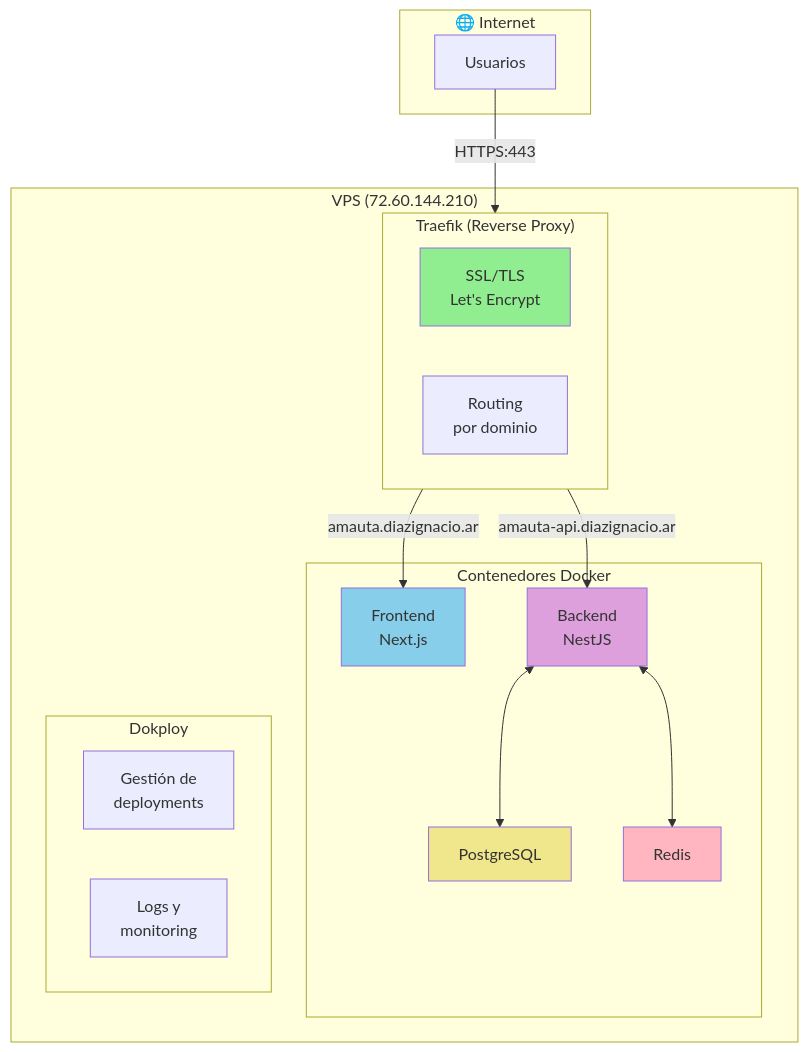
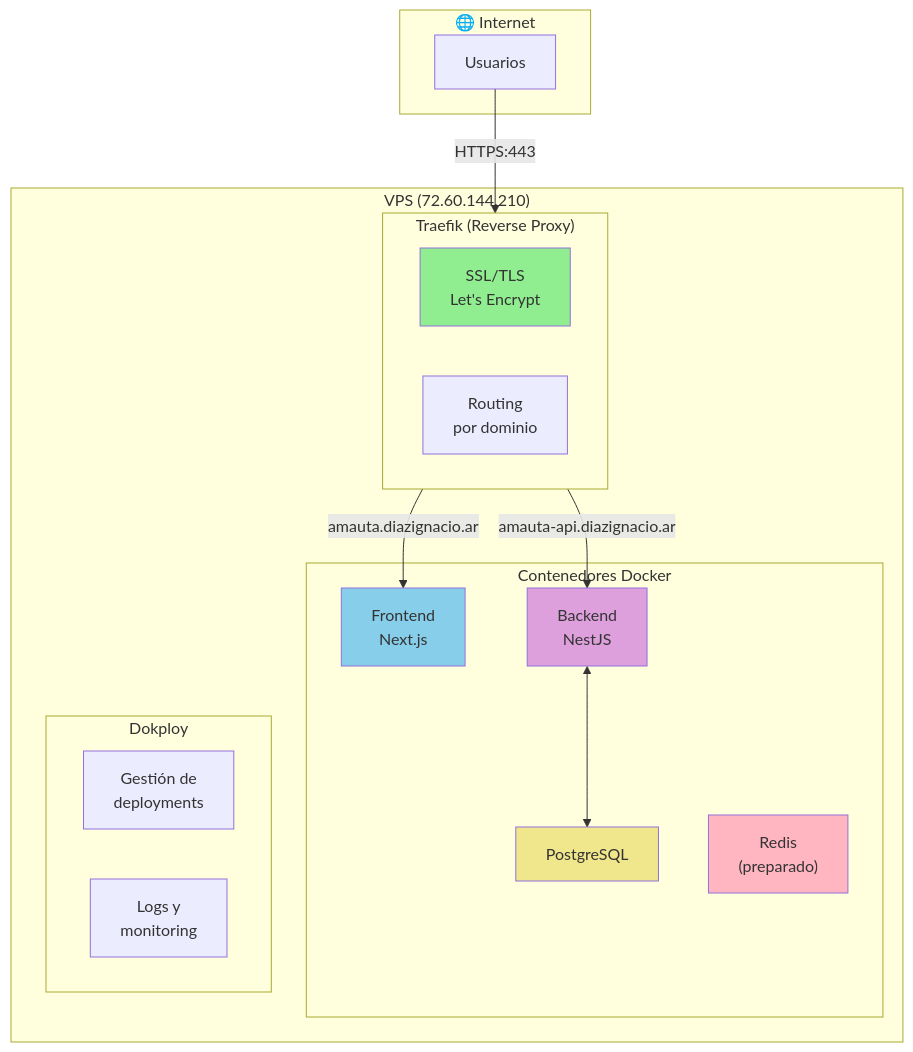
Before and after one commit to informaticadiaz/amauta: the third of 5 diagrams in docs/technical/architecture.md, drawn with Mermaid. The commit also changed other lines of this file and 9 other files, not shown here.

````diff
--- a/docs/technical/architecture.md
+++ b/docs/technical/architecture.md
@@ -90,37 +89,36 @@
 ```mermaid
 flowchart TB
     subgraph Internet["🌐 Internet"]
         Users["Usuarios"]
     end
 
     subgraph VPS["VPS (72.60.144.210)"]
         subgraph Traefik["Traefik (Reverse Proxy)"]
             SSL["SSL/TLS<br/>Let's Encrypt"]
             Router["Routing<br/>por dominio"]
         end
 
         subgraph Containers["Contenedores Docker"]
             FE["Frontend<br/>Next.js"]
             BE["Backend<br/>NestJS"]
             DB["PostgreSQL"]
-            Cache["Redis"]
+            Cache["Redis<br/>(preparado)"]
         end
 
         subgraph Dokploy["Dokploy"]
             Deploy["Gestión de<br/>deployments"]
             Logs["Logs y<br/>monitoring"]
         end
     end
 
     Users -->|HTTPS:443| Traefik
     Traefik -->|amauta.diazignacio.ar| FE
     Traefik -->|amauta-api.diazignacio.ar| BE
     BE <--> DB
-    BE <--> Cache
 
     style SSL fill:#90EE90
     style FE fill:#87CEEB
     style BE fill:#DDA0DD
     style DB fill:#F0E68C
     style Cache fill:#FFB6C1
 ```
````
